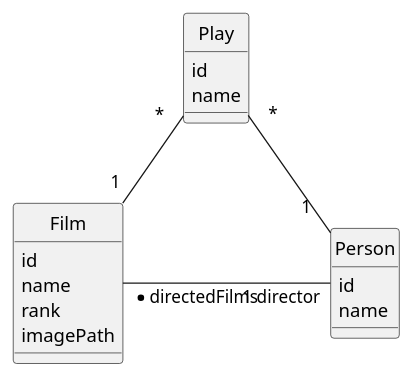
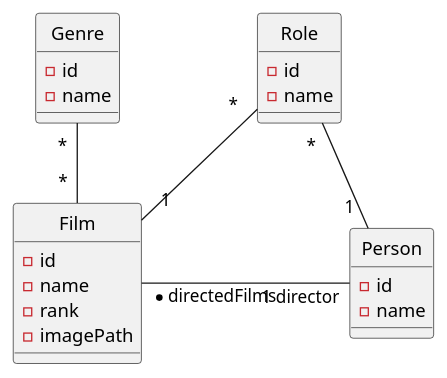
The diagram in src/main/java/fr/iat/cinema/doc/cinema_diagclass.puml (IAmTerror/cinema), drawn with PlantUML before and after one commit. The commit also changed 4 other files, not shown here.

Commit message:
UML diagram update + genre/form work in progress

```diff
--- a/src/main/java/fr/iat/cinema/doc/cinema_diagclass.puml
+++ b/src/main/java/fr/iat/cinema/doc/cinema_diagclass.puml
@@ -1,24 +1,30 @@
 @startuml
-class Play {
-id
-name
+class Role {
+- id
+- name
 }
 
 class Film {
-id
-name
-rank
-imagePath
+- id
+- name
+- rank
+- imagePath
 }
 
 class Person {
-id
-name
+- id
+- name
 }
 
-Play "  *  " -- "  1  " Person
-Play "  *  " -- "  1  " Film
+class Genre {
+- id
+- name
+}
+
+Role "  *  " -- "  1  " Person
+Role "  *  " -- "  1  " Film
+Genre "  *  " -- "  *  " Film
 
 Film "* directedFilms" - "1 director" Person :"                                    "
 hide circle
 @enduml
```
